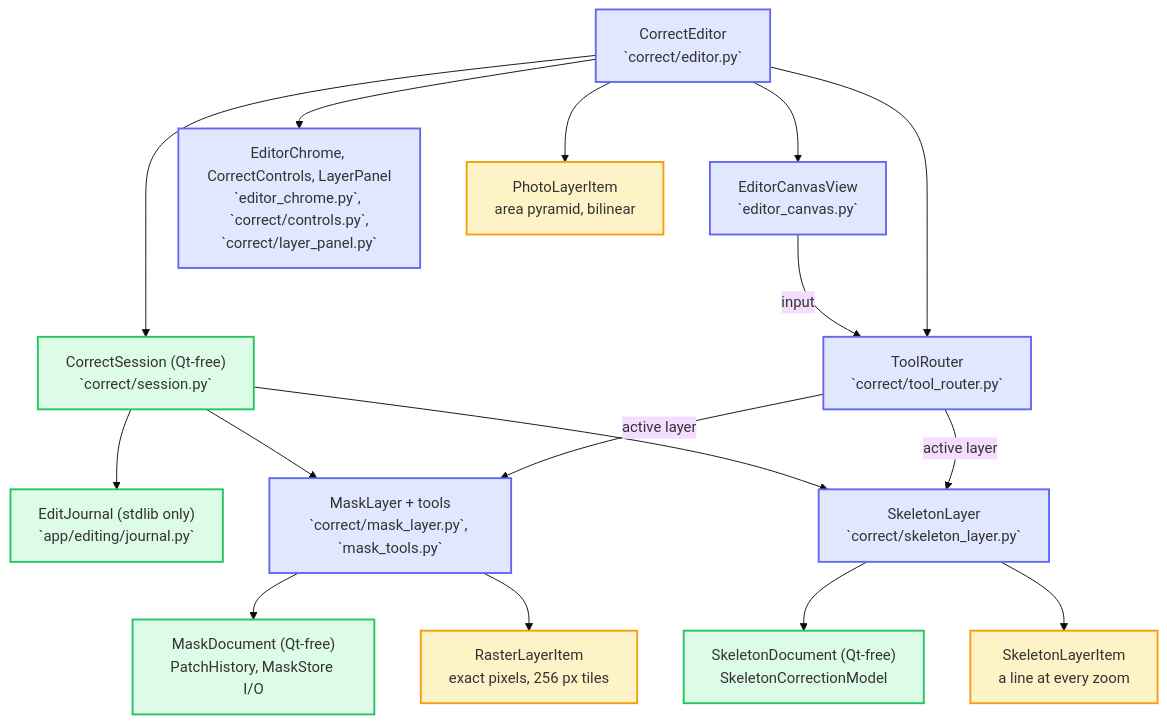
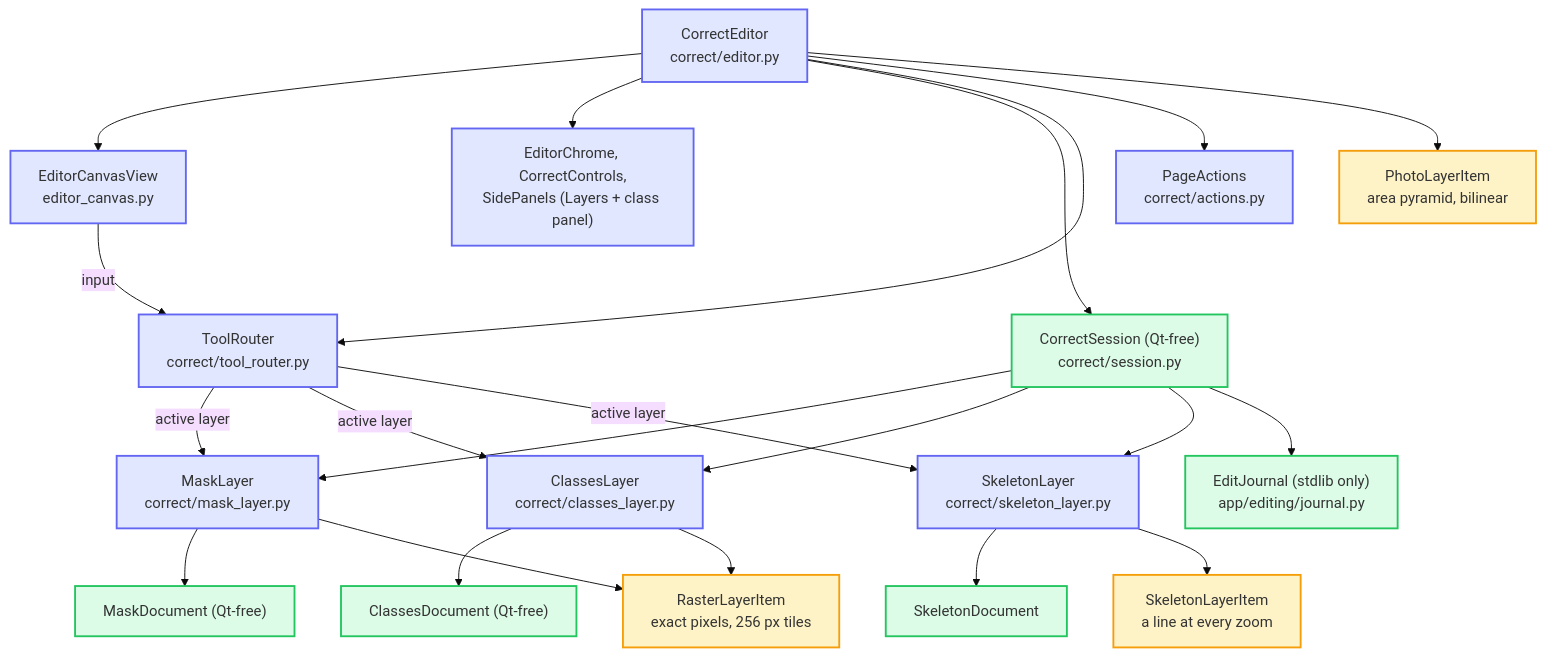
One commit to leakey-lab/SPROUTS changed the diagram in docs/Architecture_2.md. Above: the diagram before and after it, drawn with Mermaid (base theme). The commit also changed other lines of this file and 6 other files, not shown here.

Commit message:
docs: delete the stale architecture copies and BUILD_EXECUTABLE; trim Architecture_2 to the code; doc-path test (W5-T7, O36)

````diff
--- a/docs/Architecture_2.md
+++ b/docs/Architecture_2.md
@@ -211,36 +35,44 @@
 ```mermaid
 flowchart TB
     classDef gui fill:#e0e7ff,stroke:#6366f1,stroke-width:2px
     classDef core fill:#dcfce7,stroke:#22c55e,stroke-width:2px
     classDef item fill:#fef3c7,stroke:#f59e0b,stroke-width:2px
 
-    CE["CorrectEditor<br/>`correct/editor.py`"]:::gui
-    VIEW["EditorCanvasView<br/>`editor_canvas.py`"]:::gui
-    ROUTER["ToolRouter<br/>`correct/tool_router.py`"]:::gui
-    CHROME["EditorChrome, CorrectControls, LayerPanel<br/>`editor_chrome.py`, `correct/controls.py`,<br/>`correct/layer_panel.py`"]:::gui
-    SESSION["CorrectSession (Qt-free)<br/>`correct/session.py`"]:::core
-    JOURNAL["EditJournal (stdlib only)<br/>`app/editing/journal.py`"]:::core
-    ML["MaskLayer + tools<br/>`correct/mask_layer.py`, `mask_tools.py`"]:::gui
-    SL["SkeletonLayer<br/>`correct/skeleton_layer.py`"]:::gui
-    MD["MaskDocument (Qt-free)<br/>PatchHistory, MaskStore I/O"]:::core
-    SD["SkeletonDocument (Qt-free)<br/>SkeletonCorrectionModel"]:::core
+    CE["CorrectEditor<br/>correct/editor.py"]:::gui
+    VIEW["EditorCanvasView<br/>editor_canvas.py"]:::gui
+    ROUTER["ToolRouter<br/>correct/tool_router.py"]:::gui
+    CHROME["EditorChrome, CorrectControls,<br/>SidePanels (Layers + class panel)"]:::gui
+    ACT["PageActions<br/>correct/actions.py"]:::gui
+    SESSION["CorrectSession (Qt-free)<br/>correct/session.py"]:::core
+    JOURNAL["EditJournal (stdlib only)<br/>app/editing/journal.py"]:::core
+    ML["MaskLayer<br/>correct/mask_layer.py"]:::gui
+    CL["ClassesLayer<br/>correct/classes_layer.py"]:::gui
+    SL["SkeletonLayer<br/>correct/skeleton_layer.py"]:::gui
+    MD["MaskDocument (Qt-free)"]:::core
+    CD["ClassesDocument (Qt-free)"]:::core
+    SD["SkeletonDocument"]:::core
     PHOTO["PhotoLayerItem<br/>area pyramid, bilinear"]:::item
     RASTER["RasterLayerItem<br/>exact pixels, 256 px tiles"]:::item
     SKEL["SkeletonLayerItem<br/>a line at every zoom"]:::item
 
     CE --> VIEW
     CE --> CHROME
     CE --> SESSION
     CE --> ROUTER
+    CE --> ACT
     CE --> PHOTO
     VIEW -->|input| ROUTER
     ROUTER -->|active layer| ML
+    ROUTER -->|active layer| CL
     ROUTER -->|active layer| SL
     SESSION --> ML
+    SESSION --> CL
     SESSION --> SL
     SESSION --> JOURNAL
     ML --> MD
     ML --> RASTER
+    CL --> CD
+    CL --> RASTER
     SL --> SD
     SL --> SKEL
 ```
````
